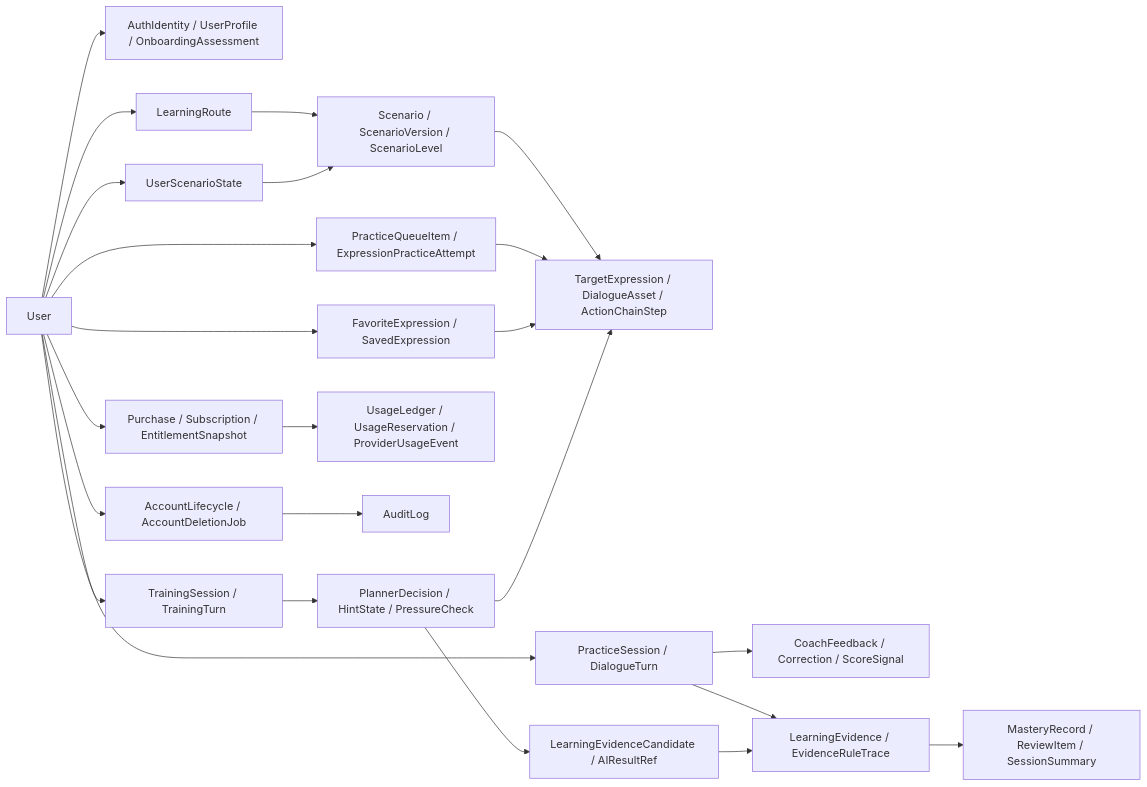
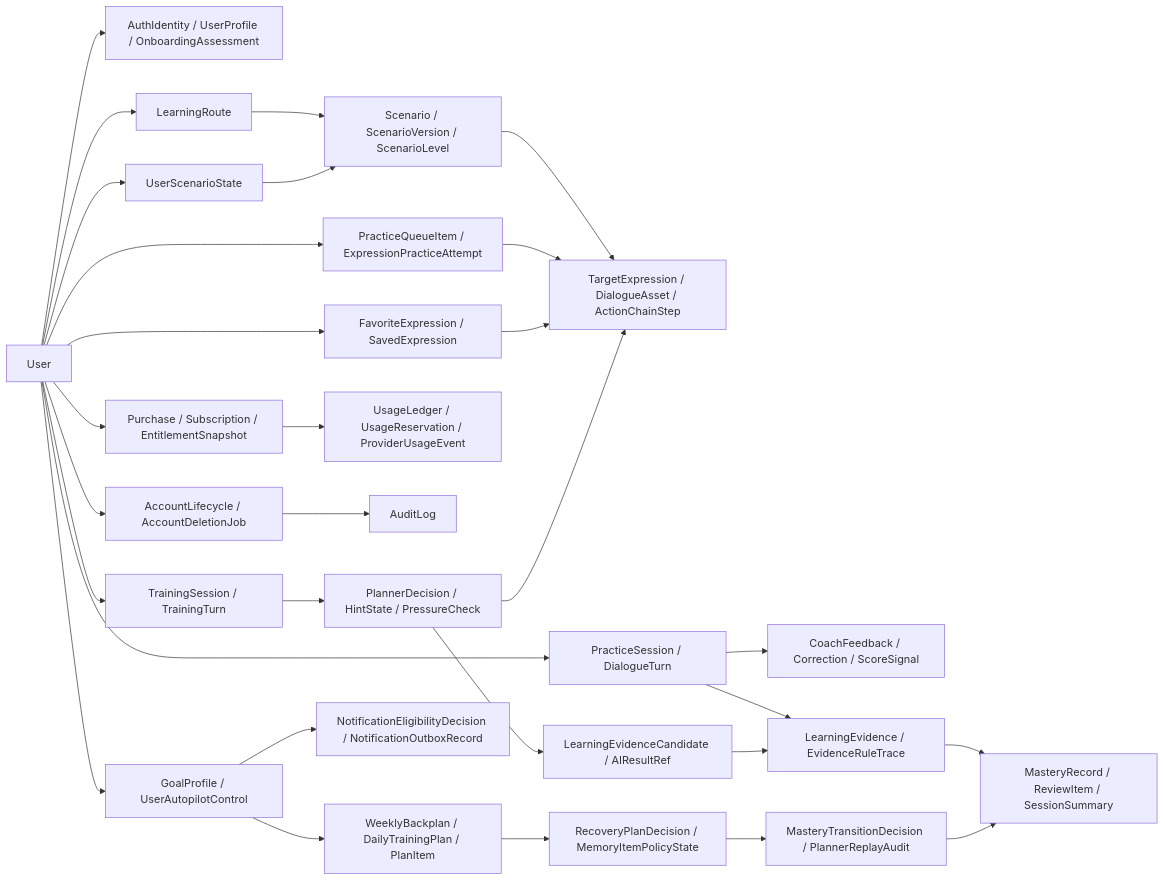
Before and after one commit to tomzengzone/speakeasy: the diagram in docs/domain/entity_relationship.md, drawn with Mermaid. The commit also changed other lines of this file and 38 other files, not shown here.

````diff
--- a/docs/domain/entity_relationship.md
+++ b/docs/domain/entity_relationship.md
@@ -21,30 +21,37 @@
 ```mermaid
 flowchart LR
   User["User"] --> Identity["AuthIdentity / UserProfile / OnboardingAssessment"]
   User --> Route["LearningRoute"]
   User --> UserScenarioState["UserScenarioState"]
   Route --> Scenario["Scenario / ScenarioVersion / ScenarioLevel"]
   UserScenarioState --> Scenario
   Scenario --> Expression["TargetExpression / DialogueAsset / ActionChainStep"]
 
   User --> Practice["PracticeSession / DialogueTurn"]
   Practice --> Feedback["CoachFeedback / Correction / ScoreSignal"]
   Practice --> Evidence["LearningEvidence / EvidenceRuleTrace"]
   Evidence --> Mastery["MasteryRecord / ReviewItem / SessionSummary"]
 
   User --> Queue["PracticeQueueItem / ExpressionPracticeAttempt"]
   Queue --> Expression
   User --> Favorites["FavoriteExpression / SavedExpression"]
   Favorites --> Expression
 
   User --> Commerce["Purchase / Subscription / EntitlementSnapshot"]
   Commerce --> Usage["UsageLedger / UsageReservation / ProviderUsageEvent"]
   User --> Deletion["AccountLifecycle / AccountDeletionJob"]
   Deletion --> Audit["AuditLog"]
 
   User --> Training["TrainingSession / TrainingTurn"]
   Training --> Planner["PlannerDecision / HintState / PressureCheck"]
   Planner --> Expression
   Planner --> EvidenceCandidate["LearningEvidenceCandidate / AIResultRef"]
   EvidenceCandidate --> Evidence
+
+  User --> GoalAutopilot["GoalProfile / UserAutopilotControl"]
+  GoalAutopilot --> GoalPlan["WeeklyBackplan / DailyTrainingPlan / PlanItem"]
+  GoalAutopilot --> GoalNotify["NotificationEligibilityDecision / NotificationOutboxRecord"]
+  GoalPlan --> GoalMemory["RecoveryPlanDecision / MemoryItemPolicyState"]
+  GoalMemory --> GoalMastery["MasteryTransitionDecision / PlannerReplayAudit"]
+  GoalMastery --> Mastery
 ```
````
